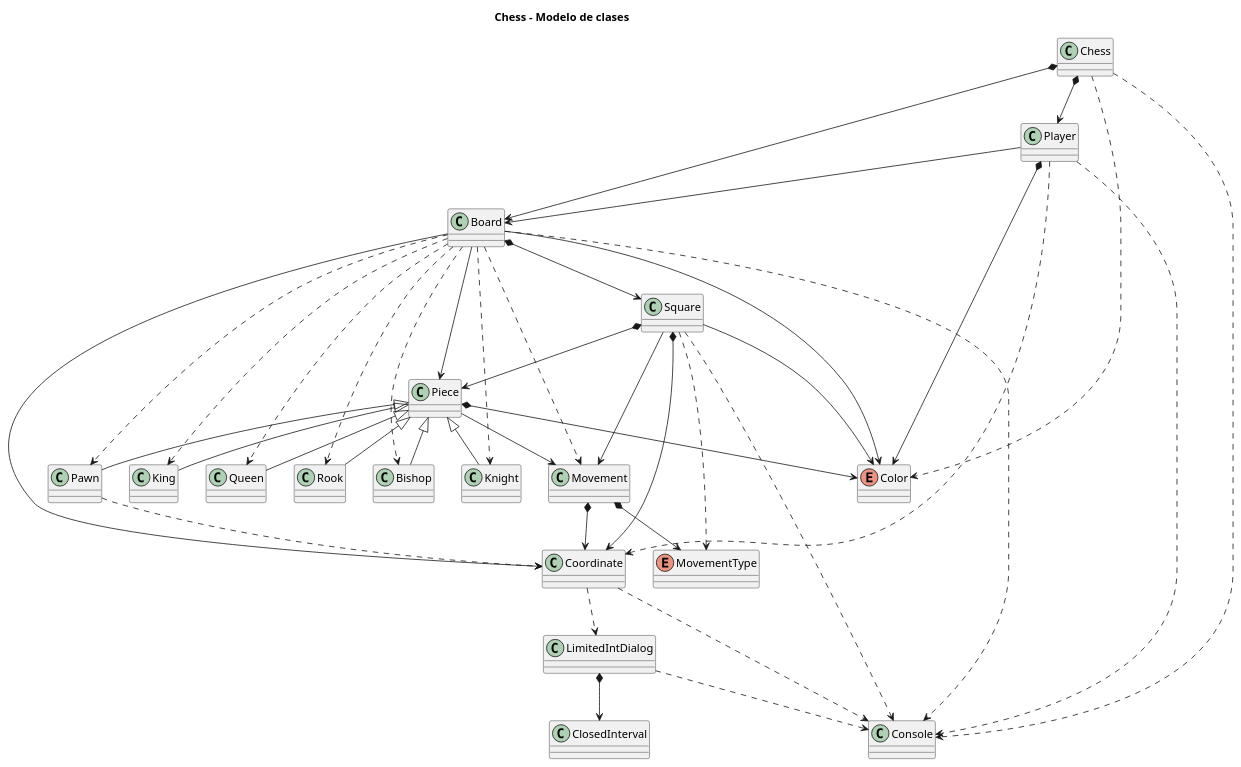
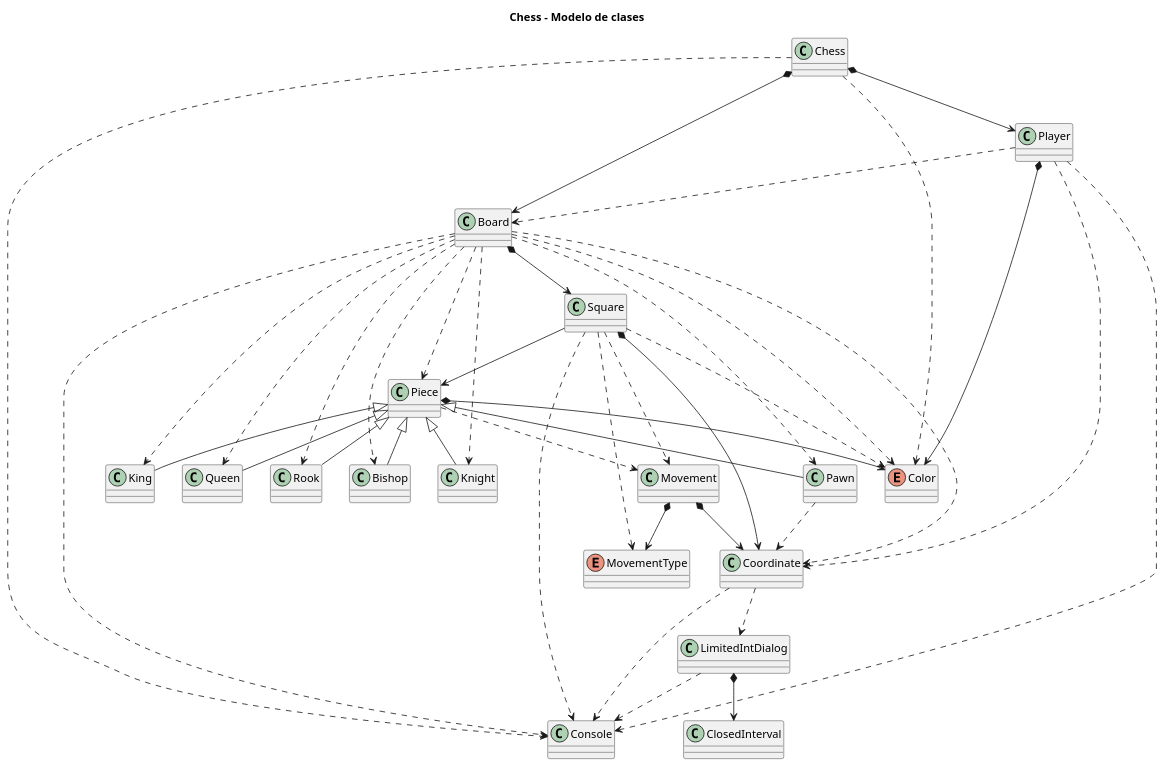
Before and after one commit to Master-Desarrollo-20-21/ejercicio-4-ajedrez-polimorfismo-menthil: the diagram in chess/diagramas/diagrama-clases.puml, drawn with PlantUML. The commit also changed 5 other files, not shown here.

Commit message:
Movement sólo disponible desde Square

```diff
--- a/chess/diagramas/diagrama-clases.puml
+++ b/chess/diagramas/diagrama-clases.puml
@@ -1,96 +1,95 @@
 @startuml
 
 title Chess - Modelo de clases
 
 Class Chess
 
 Chess *--> Board
 Chess *--> Player
 Chess ..> Color
 Chess ..> Console
 
 Class Board
 
 Board *--> Square
-Board --> Coordinate
-Board --> Color
-Board --> Piece
+Board ..> Coordinate
+Board ..> Color
+Board ..> Piece
 Board ..> King
 Board ..> Queen
 Board ..> Rook
 Board ..> Bishop
 Board ..> Knight
 Board ..> Pawn
 Board ..> Console
-Board ..> Movement
 
 Class Player
 
 Player *--> Color
-Player --> Board
+Player ..> Board
 Player ..> Coordinate
 Player ..> Console
 
 Class Console
 
 Enum Color
 
 Class Square
 
-Square *--> Piece
+Square --> Piece
 Square *--> Coordinate
-Square --> Color
+Square ..> Color
 Square ..> Console
-Square --> Movement
+Square ..> Movement
 Square ..> MovementType
 
 Class Coordinate
 
 Coordinate ..> Console
 Coordinate ..> LimitedIntDialog
 
 Class Piece
 
 Piece *--> Color
-Piece --> Movement
+Piece ..> Movement
 
 Class King
 
 Piece <|-- King
 
 Class Queen
 
 Piece <|-- Queen
 
 Class Rook
 
 Piece <|-- Rook
 
 Class Bishop
 
 Piece <|-- Bishop
 
 Class Knight
 
 Piece <|-- Knight
 
 Class Pawn
 
 Piece <|-- Pawn
 Pawn ..> Coordinate
 
 Class Movement
 
 Movement *--> Coordinate
 Movement *--> MovementType
 
 Enum MovementType 
 
 Class LimitedIntDialog
 
 LimitedIntDialog *--> ClosedInterval
 LimitedIntDialog ..> Console
 
 Class ClosedInterval
 
 @enduml
```
